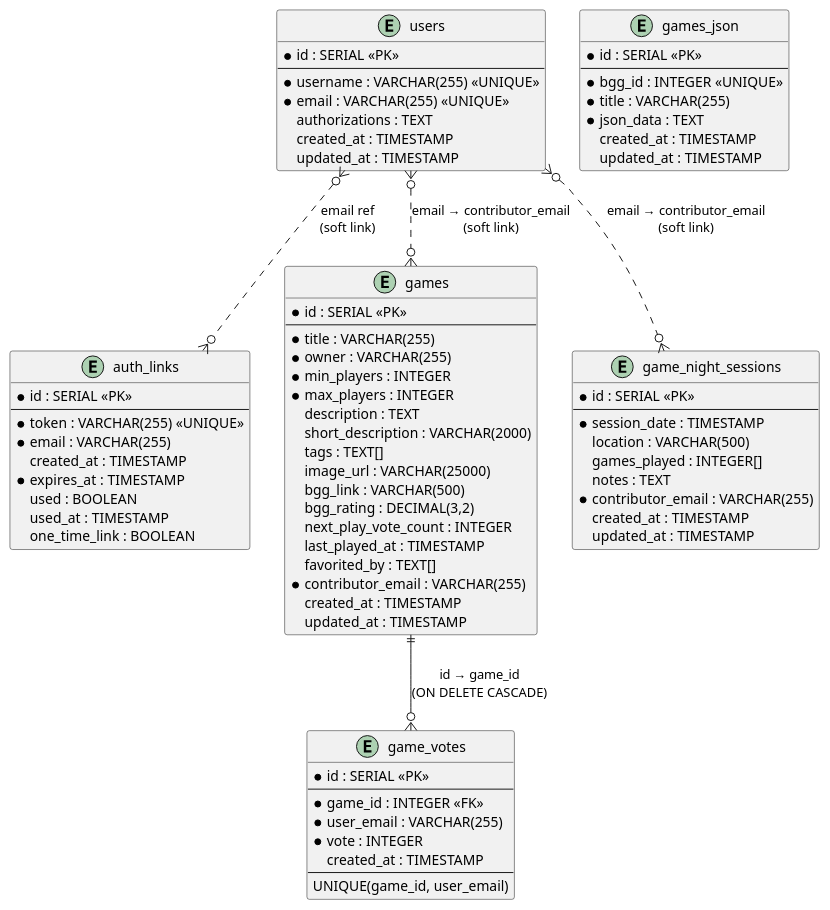
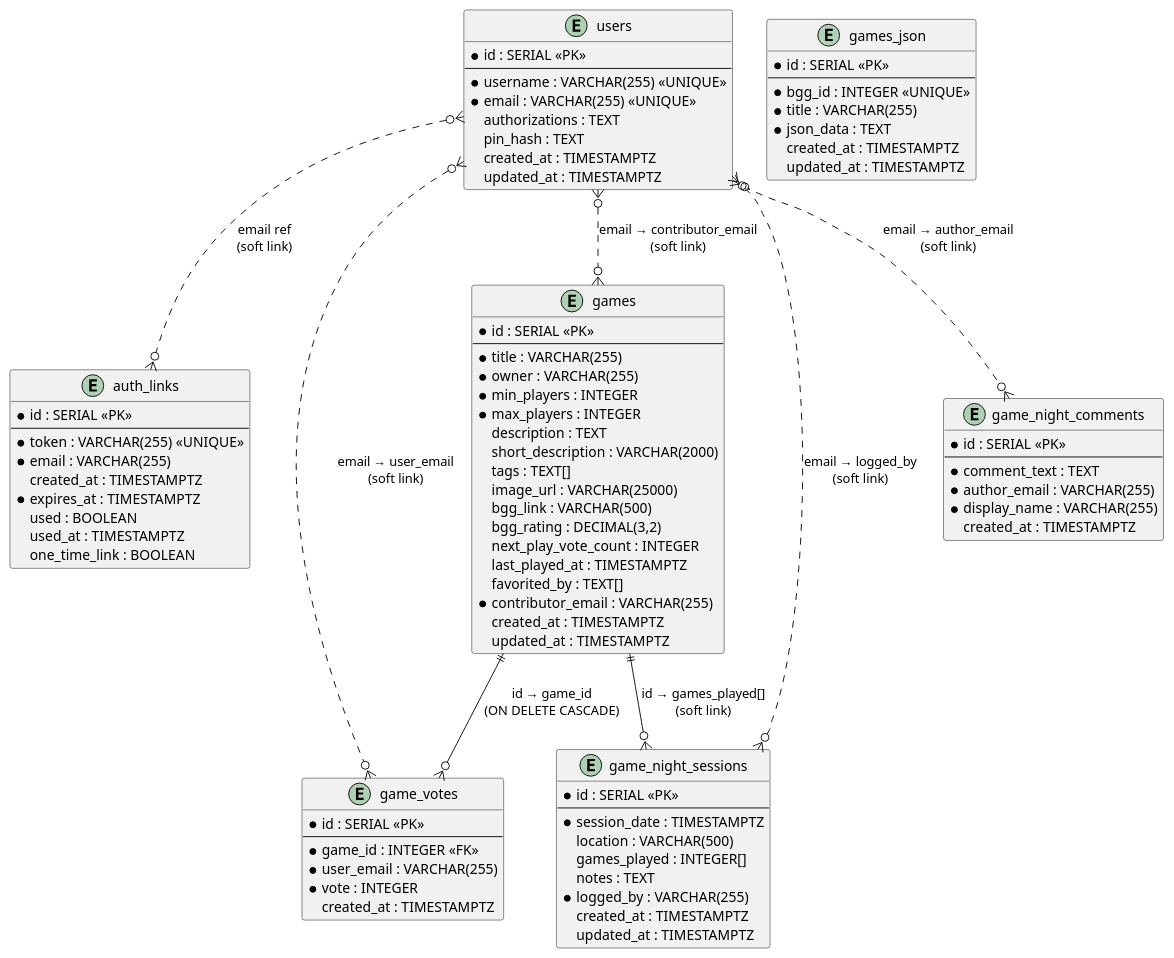
The sixth of 6 diagrams in Game Group Site.md (leshmark/gamegroup), drawn with PlantUML before and after one commit. The commit also changed other lines of this file, not shown here.

````diff
--- a/Game Group Site.md
+++ b/Game Group Site.md
@@ -732,8 +835,9 @@
     * username : VARCHAR(255) <<UNIQUE>>
     * email : VARCHAR(255) <<UNIQUE>>
     authorizations : TEXT
-    created_at : TIMESTAMP
-    updated_at : TIMESTAMP
+    pin_hash : TEXT
+    created_at : TIMESTAMPTZ
+    updated_at : TIMESTAMPTZ
 }
 
 entity "auth_links" {
@@ -741,10 +845,10 @@
     --
     * token : VARCHAR(255) <<UNIQUE>>
     * email : VARCHAR(255)
-    created_at : TIMESTAMP
-    * expires_at : TIMESTAMP
+    created_at : TIMESTAMPTZ
+    * expires_at : TIMESTAMPTZ
     used : BOOLEAN
-    used_at : TIMESTAMP
+    used_at : TIMESTAMPTZ
     one_time_link : BOOLEAN
 }
 
@@ -762,11 +866,11 @@
     bgg_link : VARCHAR(500)
     bgg_rating : DECIMAL(3,2)
     next_play_vote_count : INTEGER
-    last_played_at : TIMESTAMP
+    last_played_at : TIMESTAMPTZ
     favorited_by : TEXT[]
     * contributor_email : VARCHAR(255)
-    created_at : TIMESTAMP
-    updated_at : TIMESTAMP
+    created_at : TIMESTAMPTZ
+    updated_at : TIMESTAMPTZ
 }
 
 entity "game_votes" {
@@ -775,9 +879,7 @@
     * game_id : INTEGER <<FK>>
     * user_email : VARCHAR(255)
     * vote : INTEGER
-    created_at : TIMESTAMP
-    --
-    UNIQUE(game_id, user_email)
+    created_at : TIMESTAMPTZ
 }
 
 entity "games_json" {
@@ -786,25 +888,37 @@
     * bgg_id : INTEGER <<UNIQUE>>
     * title : VARCHAR(255)
     * json_data : TEXT
-    created_at : TIMESTAMP
-    updated_at : TIMESTAMP
+    created_at : TIMESTAMPTZ
+    updated_at : TIMESTAMPTZ
 }
 
 entity "game_night_sessions" {
     * id : SERIAL <<PK>>
     --
-    * session_date : TIMESTAMP
+    * session_date : TIMESTAMPTZ
     location : VARCHAR(500)
     games_played : INTEGER[]
     notes : TEXT
-    * contributor_email : VARCHAR(255)
-    created_at : TIMESTAMP
-    updated_at : TIMESTAMP
+    * logged_by : VARCHAR(255)
+    created_at : TIMESTAMPTZ
+    updated_at : TIMESTAMPTZ
+}
+
+entity "game_night_comments" {
+    * id : SERIAL <<PK>>
+    --
+    * comment_text : TEXT
+    * author_email : VARCHAR(255)
+    * display_name : VARCHAR(255)
+    created_at : TIMESTAMPTZ
 }
 
 games ||--o{ game_votes : "id → game_id\n(ON DELETE CASCADE)"
+games ||--o{ game_night_sessions : "id → games_played[]\n(soft link)"
 users }o..o{ auth_links : "email ref\n(soft link)"
 users }o..o{ games : "email → contributor_email\n(soft link)"
-users }o..o{ game_night_sessions : "email → contributor_email\n(soft link)"
+users }o..o{ game_votes : "email → user_email\n(soft link)"
+users }o..o{ game_night_sessions : "email → logged_by\n(soft link)"
+users }o..o{ game_night_comments : "email → author_email\n(soft link)"
 @enduml
 ```
````
